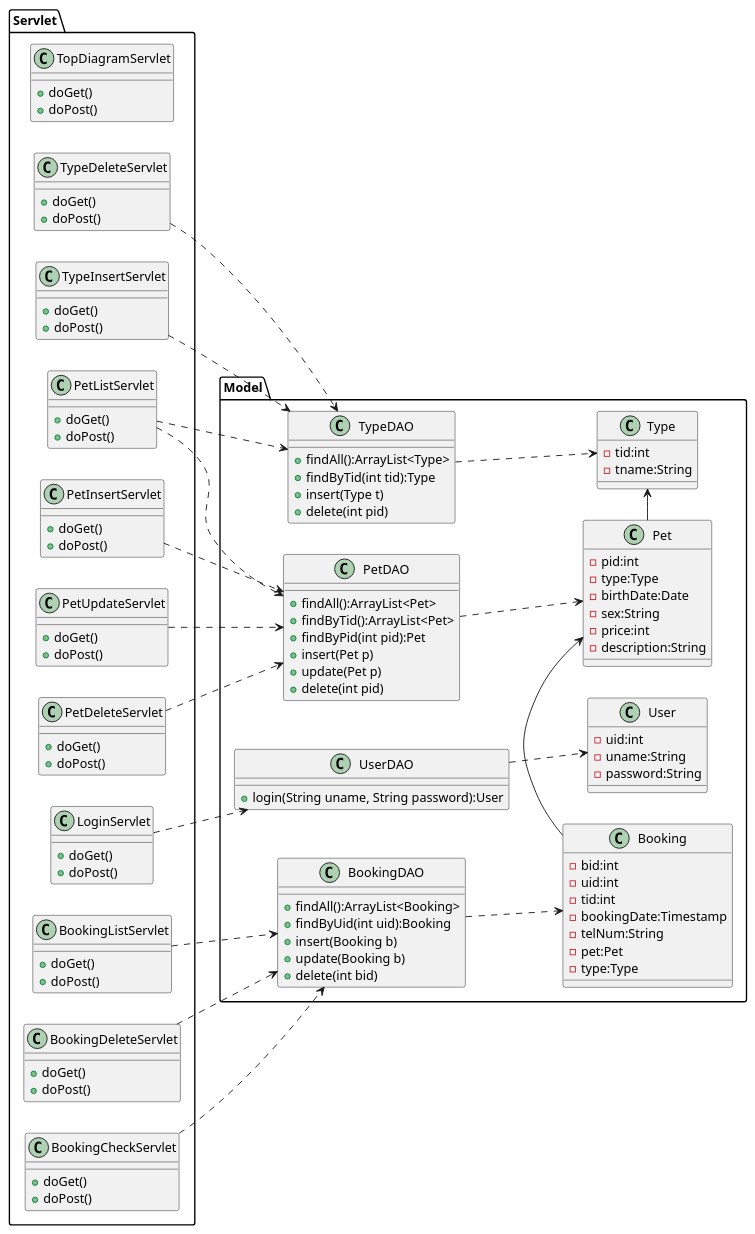
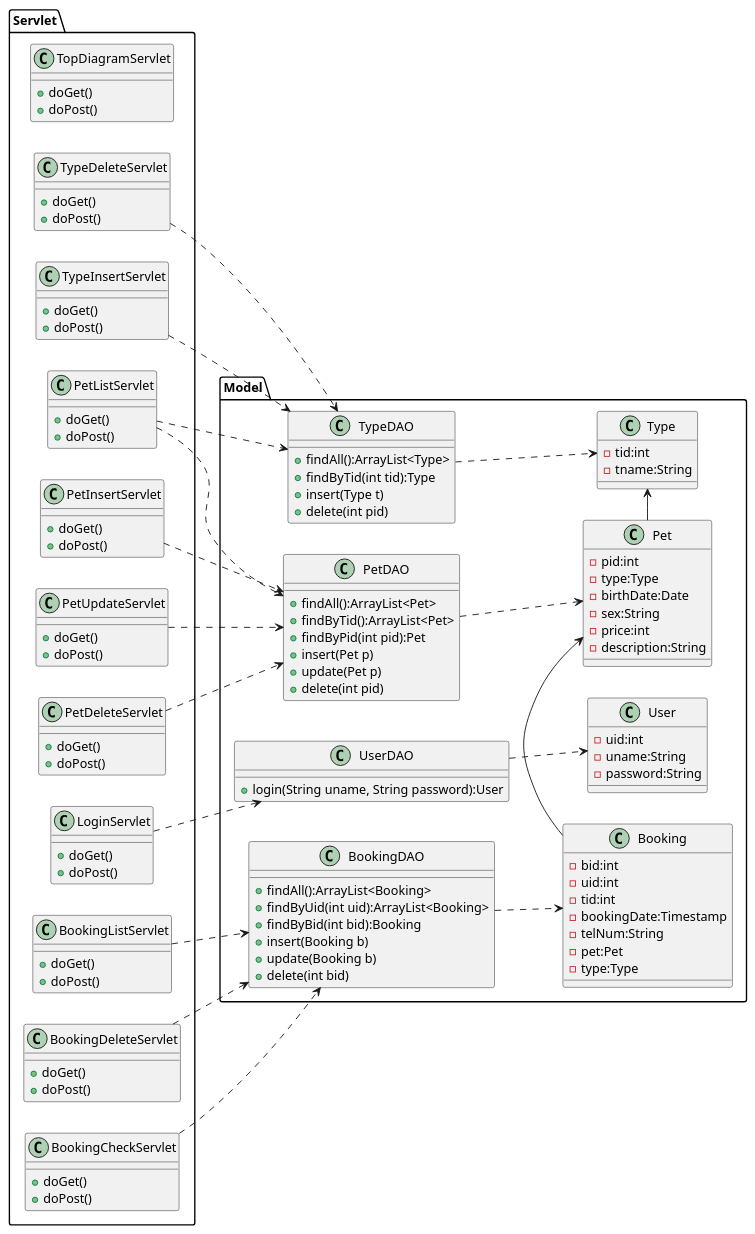
The diagram in detail.uml/class.pu (Tyamanaka07/WebSystem), drawn with PlantUML before and after one commit. The commit also changed 4 other files, not shown here.

Commit message:
クラス図修正

```diff
--- a/detail.uml/class.pu
+++ b/detail.uml/class.pu
@@ -1,140 +1,141 @@
 @startuml
 left to right direction
 
 package Model{
 	class Pet{
 		-pid:int
 		-type:Type
 		-birthDate:Date
 		-sex:String
 		-price:int
 		-description:String
 	}
 
 	class Type{
 		-tid:int
 		-tname:String
 	}
 
 	class User{
 		-uid:int
 		-uname:String
 		-password:String
 	}
 
 	class Booking{
 		-bid:int
 		-uid:int
 		-tid:int
 		-bookingDate:Timestamp
 		-telNum:String
 		-pet:Pet
 		-type:Type
 	}
 
 	class PetDAO{
 		+findAll():ArrayList<Pet>
 		+findByTid():ArrayList<Pet>
 		+findByPid(int pid):Pet
 		+insert(Pet p)
 		+update(Pet p)
 		+delete(int pid)
 	}
 
 	class TypeDAO{
 		+findAll():ArrayList<Type>
 		+findByTid(int tid):Type
 		+insert(Type t)
 		+delete(int pid)
 	}
 
 	class UserDAO{
 		+login(String uname, String password):User
 	}
 
 	class BookingDAO{
 		+findAll():ArrayList<Booking>
-		+findByUid(int uid):Booking
+		+findByUid(int uid):ArrayList<Booking>
+		+findByBid(int bid):Booking
 		+insert(Booking b)
 		+update(Booking b)
 		+delete(int bid)
 	}
 }
 
 package Servlet{
 	class TopDiagramServlet{
 		+doGet()
 		+doPost()
 	}
 
 	class PetListServlet{
 		+doGet()
 		+doPost()
 	}
 
 	class LoginServlet{
 		+doGet()
 		+doPost()
 	}
 
 	class PetInsertServlet{
 		+doGet()
 		+doPost()
 	}
 
 	class PetUpdateServlet{
 		+doGet()
 		+doPost()
 	}
 
 	class PetDeleteServlet{
 		+doGet()
 		+doPost()
 	}
 
 	class TypeInsertServlet{
 		+doGet()
 		+doPost()
 	}
 
 	class TypeDeleteServlet{
 		+doGet()
 		+doPost()
 	}
 
 	class BookingCheckServlet{
 		+doGet()
 		+doPost()
 	}
 
 	class BookingListServlet{
 		+doGet()
 		+doPost()
 	}
 
 	class BookingDeleteServlet{
 		+doGet()
 		+doPost()
 	}
 }
 
 
 PetListServlet..>TypeDAO
 TypeInsertServlet..>TypeDAO
 TypeDeleteServlet..>TypeDAO
 PetListServlet..>PetDAO
 PetInsertServlet..>PetDAO
 PetUpdateServlet..>PetDAO
 PetDeleteServlet..>PetDAO
 LoginServlet..>UserDAO
 BookingCheckServlet..>BookingDAO
 BookingListServlet..>BookingDAO
 BookingDeleteServlet..>BookingDAO
 
 BookingDAO..>Booking
 PetDAO..>Pet
 TypeDAO..>Type
 UserDAO..>User
 Booking->Pet
 Pet->Type
 @enduml
```
